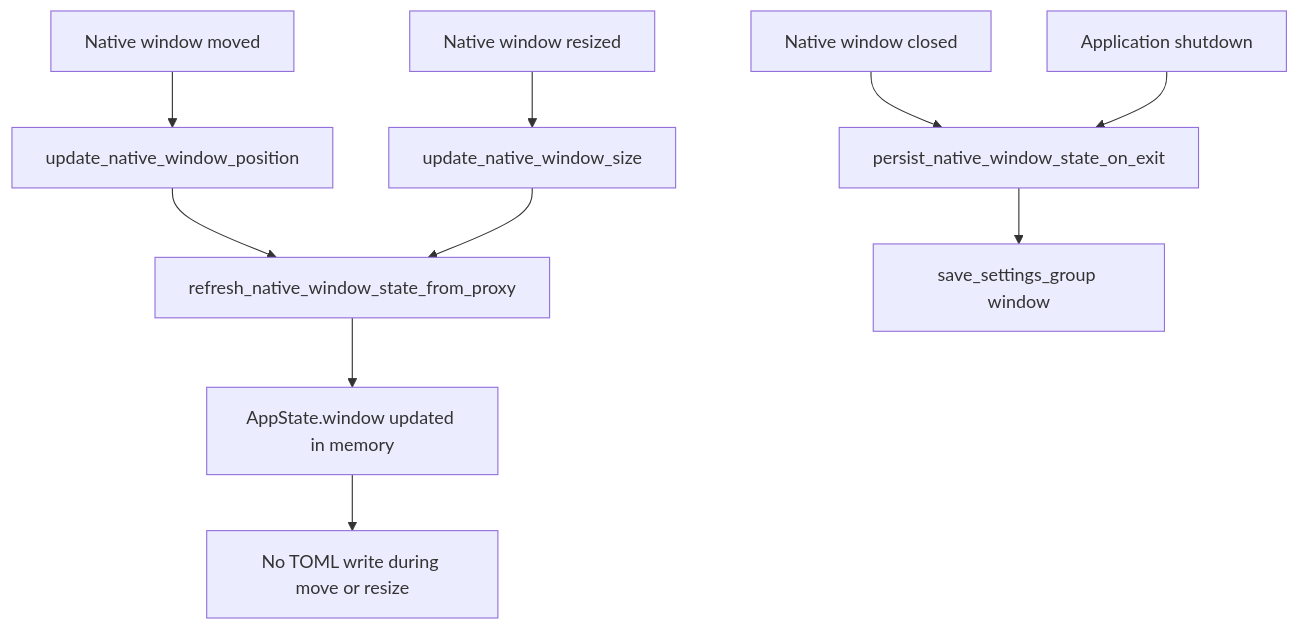
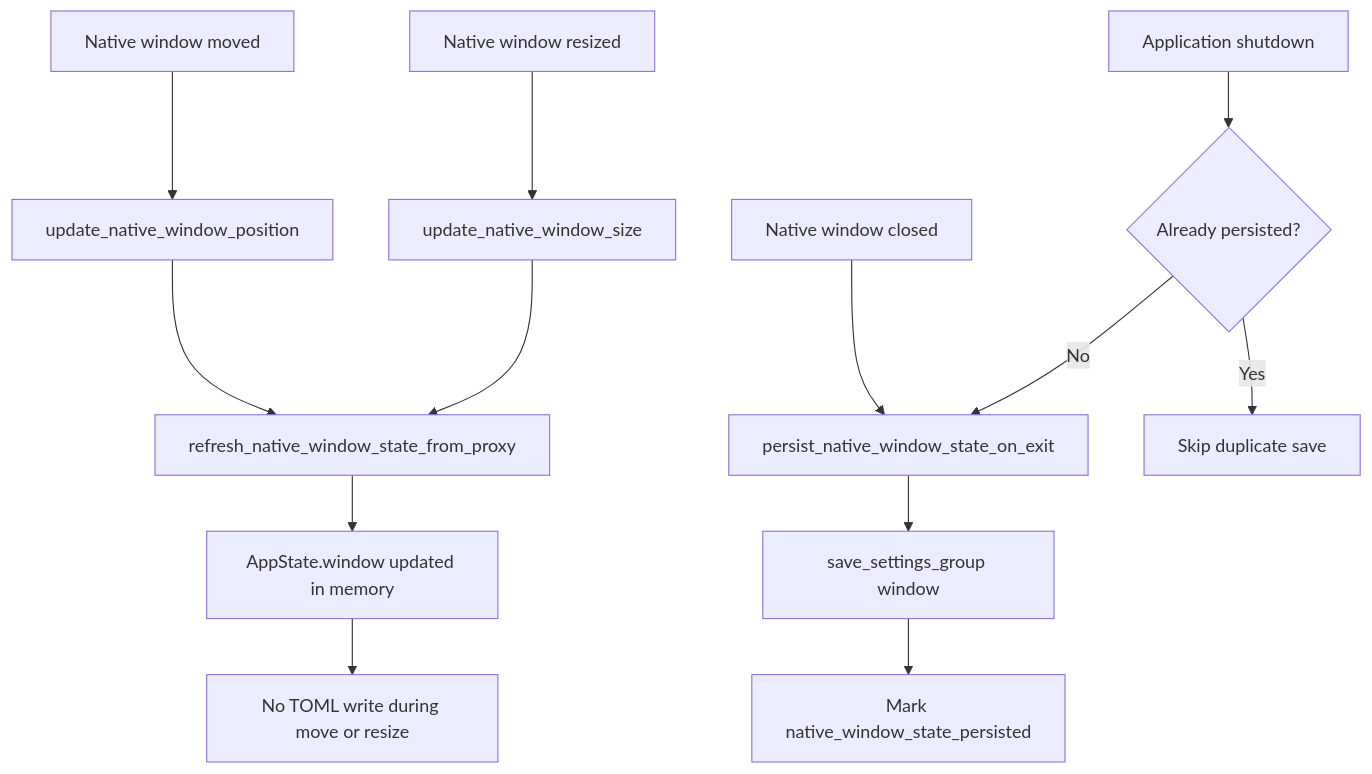
One commit to Fonze81/NiceGui-Windows-Base changed the second of 2 diagrams in src/desktop_app/infrastructure/native_window_state/README.md. Above: the diagram before and after it, drawn with Mermaid. The commit also changed other lines of this file and 9 other files, not shown here.

````diff
--- a/src/desktop_app/infrastructure/native_window_state/README.md
+++ b/src/desktop_app/infrastructure/native_window_state/README.md
@@ -129,12 +129,15 @@
 ```mermaid
 flowchart TD
     A[Native window moved] --> B[update_native_window_position]
     C[Native window resized] --> D[update_native_window_size]
     B --> E[refresh_native_window_state_from_proxy]
     D --> E
     E --> F[AppState.window updated in memory]
     F --> G[No TOML write during move or resize]
     H[Native window closed] --> I[persist_native_window_state_on_exit]
-    J[Application shutdown] --> I
-    I --> K[save_settings_group window]
+    I --> J[save_settings_group window]
+    J --> K[Mark native_window_state_persisted]
+    L[Application shutdown] --> M{Already persisted?}
+    M -- Yes --> N[Skip duplicate save]
+    M -- No --> I
 ```
````
